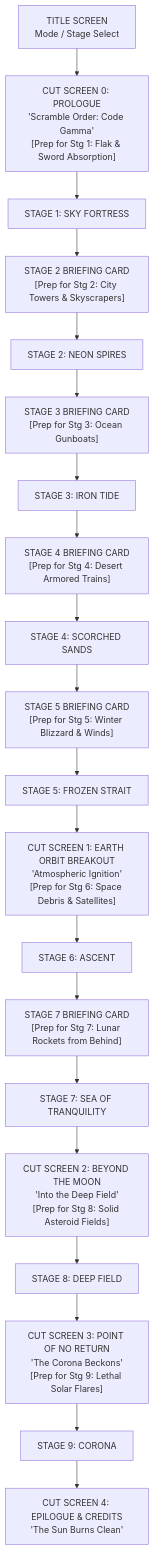
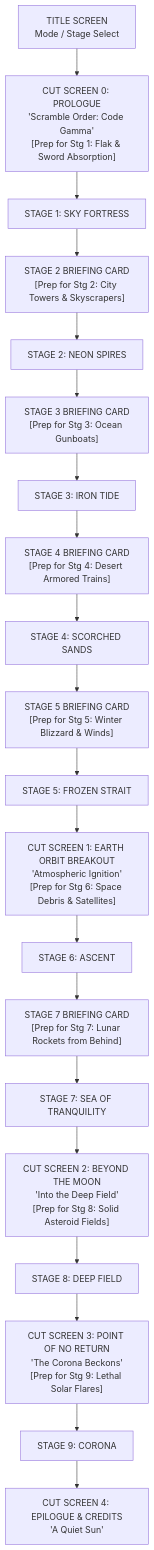
Before and after one commit to jasonfrowe/AtariGammaForce: the diagram in storyboard/01_STORYBOARD_CUTSCREENS.md, drawn with Mermaid. The commit also changed other lines of this file and 20 other files, not shown here.

First line of the commit message:
Script: magnetic Sun, a quiet ending; high scores: fire locks it in

````diff
--- a/storyboard/01_STORYBOARD_CUTSCREENS.md
+++ b/storyboard/01_STORYBOARD_CUTSCREENS.md
@@ -20,22 +20,22 @@
 ```mermaid
 flowchart TD
     Title["TITLE SCREEN\nMode / Stage Select"] --> CS0["CUT SCREEN 0: PROLOGUE\n'Scramble Order: Code Gamma'\n[Prep for Stg 1: Flak & Sword Absorption]"]
     CS0 --> S1["STAGE 1: SKY FORTRESS"]
     S1 --> TR1["STAGE 2 BRIEFING CARD\n[Prep for Stg 2: City Towers & Skyscrapers]"]
     TR1 --> S2["STAGE 2: NEON SPIRES"]
     S2 --> TR2["STAGE 3 BRIEFING CARD\n[Prep for Stg 3: Ocean Gunboats]"]
     TR2 --> S3["STAGE 3: IRON TIDE"]
     S3 --> TR3["STAGE 4 BRIEFING CARD\n[Prep for Stg 4: Desert Armored Trains]"]
     TR3 --> S4["STAGE 4: SCORCHED SANDS"]
     S4 --> TR4["STAGE 5 BRIEFING CARD\n[Prep for Stg 5: Winter Blizzard & Winds]"]
     TR4 --> S5["STAGE 5: FROZEN STRAIT"]
     S5 --> CS1["CUT SCREEN 1: EARTH ORBIT BREAKOUT\n'Atmospheric Ignition'\n[Prep for Stg 6: Space Debris & Satellites]"]
     CS1 --> S6["STAGE 6: ASCENT"]
     S6 --> TR6["STAGE 7 BRIEFING CARD\n[Prep for Stg 7: Lunar Rockets from Behind]"]
     TR6 --> S7["STAGE 7: SEA OF TRANQUILITY"]
     S7 --> CS2["CUT SCREEN 2: BEYOND THE MOON\n'Into the Deep Field'\n[Prep for Stg 8: Solid Asteroid Fields]"]
     CS2 --> S8["STAGE 8: DEEP FIELD"]
     S8 --> CS3["CUT SCREEN 3: POINT OF NO RETURN\n'The Corona Beckons'\n[Prep for Stg 9: Lethal Solar Flares]"]
     CS3 --> S9["STAGE 9: CORONA"]
-    S9 --> CS4["CUT SCREEN 4: EPILOGUE & CREDITS\n'The Sun Burns Clean'"]
+    S9 --> CS4["CUT SCREEN 4: EPILOGUE & CREDITS\n'A Quiet Sun'"]
 ```
````
